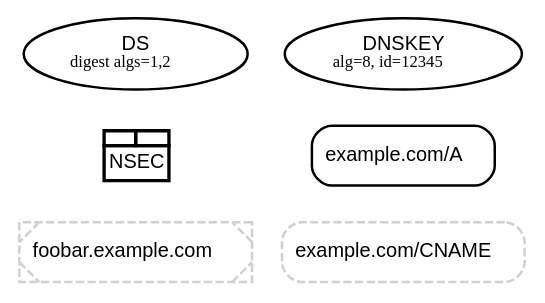
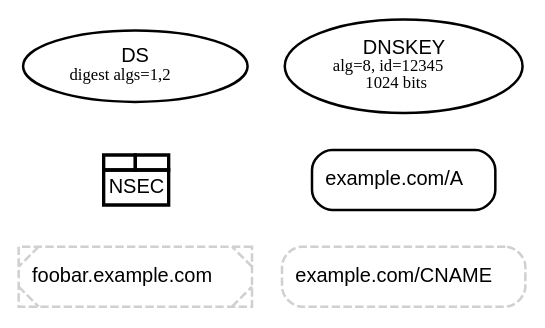
One commit to dnsviz/dnsviz changed the diagram in doc/src/nodes-insecure.dot. Above: the diagram before and after it, drawn with Graphviz. The commit also changed 27 other files, not shown here.

```diff
--- a/doc/src/nodes-insecure.dot
+++ b/doc/src/nodes-insecure.dot
@@ -1,46 +1,46 @@
 digraph {
   graph [compound=true, rankdir=BT, ranksep=0.3];
 	node [label="\N",
 		penwidth=1.5
 	];
 	edge [penwidth=1.5];
 
 	"DS-1_2|example.com|8|54321|1_2" [color="#000000",
 		fillcolor="#ffffff",
 		label=<<FONT POINT-SIZE="12" FACE="Helvetica">DS</FONT><BR/><FONT POINT-SIZE="10">digest algs=1,2</FONT>>,
 		shape=ellipse,
 		style=filled];
 	"DNSKEY-0|example.com|8|12345"	 [color="#000000",
 		fillcolor="#ffffff",
-		label=<<FONT POINT-SIZE="12" FACE="Helvetica">DNSKEY</FONT><BR/><FONT POINT-SIZE="10">alg=8, id=12345</FONT>>,
+		label=<<FONT POINT-SIZE="12" FACE="Helvetica">DNSKEY</FONT><BR/><FONT POINT-SIZE="10">alg=8, id=12345<BR/>1024 bits</FONT>>,
 		shape=ellipse,
 		style=filled];
 	"NSEC-0|foobar.example.com|A" [color="#000000",
 					fillcolor="#ffffff",
           label=<<TABLE COLOR="#000000" BORDER="0" CELLSPACING="-2" CELLPADDING="0" BGCOLOR="#ffffff"><TR>
 <TD PORT="nsec1" BORDER="2"><FONT POINT-SIZE="6"> </FONT></TD>
 <TD PORT="nsec2" BORDER="2"><FONT POINT-SIZE="6"> </FONT></TD>
 </TR><TR><TD COLSPAN="2" BORDER="2" CELLPADDING="3"><FONT POINT-SIZE="12" FACE="Helvetica">NSEC</FONT></TD></TR>
 </TABLE>>,
 					shape=none,
 					style=filled];
 	"RRset-10|example.com|A" [color="#000000",
 					fillcolor="#ffffff",
 					label=<<FONT POINT-SIZE="12" FACE="Helvetica">example.com/A</FONT>>,
 					shape=rectangle,
 					style="rounded,filled"];
 	"RRset-1|example.com|CNAME" [color="#d0d0d0",
 					fillcolor="#ffffff",
 					label=<<FONT POINT-SIZE="12" FACE="Helvetica">example.com/CNAME</FONT>>,
 					shape=rectangle,
 					style="rounded,filled,dashed"];
 	"RRset-0|foobar.example.com|A" [color="#d0d0d0",
 					fillcolor="#ffffff",
 					label=<<FONT POINT-SIZE="12" FACE="Helvetica">foobar.example.com</FONT>>,
 					shape=rectangle,
 					style="rounded,filled,dashed,diagonals"];
 	"RRset-10|example.com|A" -> "DNSKEY-0|example.com|8|12345" [style=invis];
 	"NSEC-0|foobar.example.com|A" -> "DS-1_2|example.com|8|54321|1_2" [style=invis];
 	"RRset-1|example.com|CNAME" -> "RRset-10|example.com|A" [style=invis];
 	"RRset-0|foobar.example.com|A" ->  "NSEC-0|foobar.example.com|A" [style=invis];
 }
```
